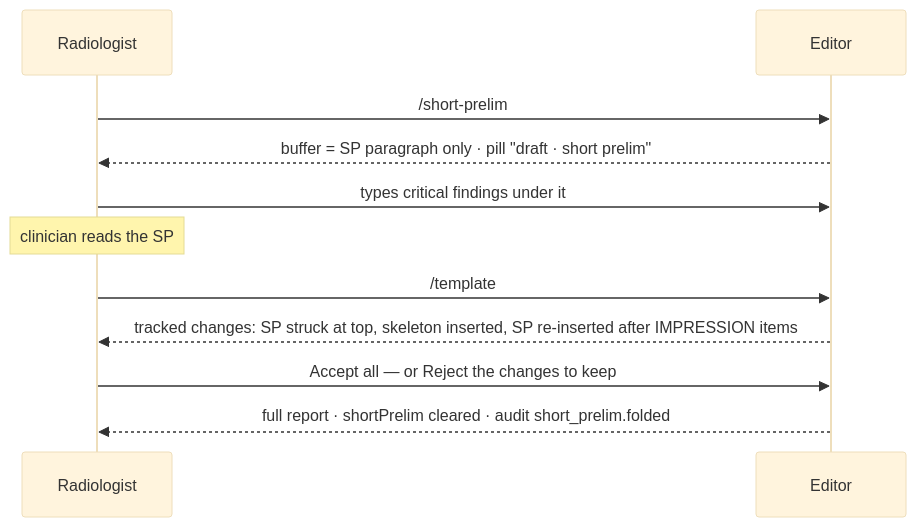
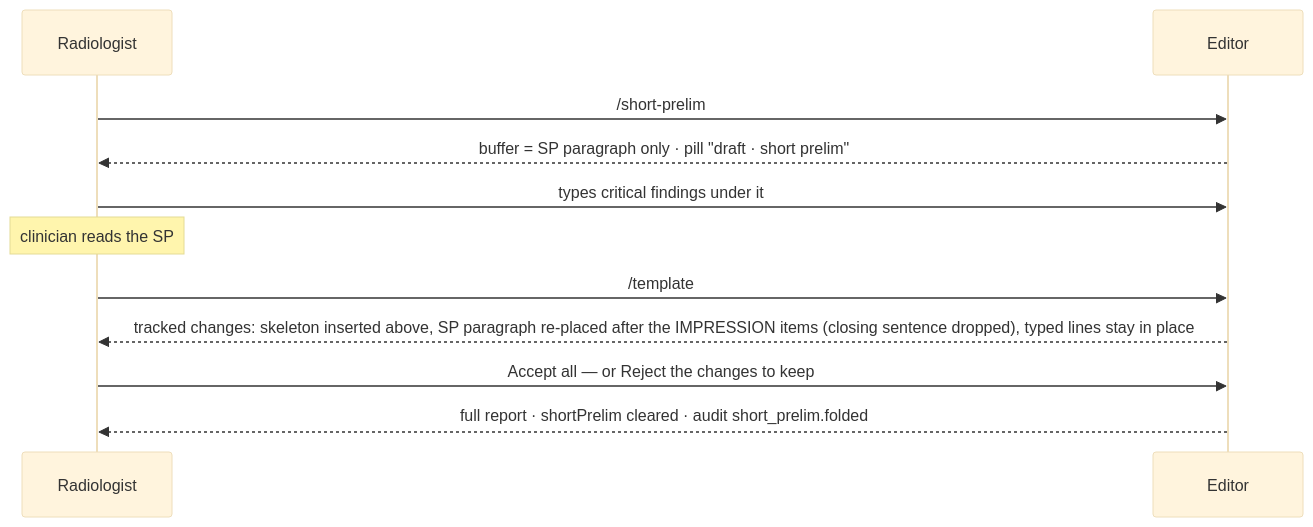
One commit to Lightbridge-KS/acp-rad-demo changed the second of 5 diagrams in docs/design/02-surface-architecture.md. Above: the diagram before and after it, drawn with Mermaid (base theme). The commit also changed other lines of this file and 14 other files, not shown here.

````diff
--- a/docs/design/02-surface-architecture.md
+++ b/docs/design/02-surface-architecture.md
@@ -123,13 +123,13 @@
 ```mermaid
 sequenceDiagram
     participant R as Radiologist
     participant E as Editor
     R->>E: /short-prelim
     E-->>R: buffer = SP paragraph only · pill "draft · short prelim"
     R->>E: types critical findings under it
     Note over R: clinician reads the SP
     R->>E: /template
-    E-->>R: tracked changes: SP struck at top, skeleton inserted, SP re-inserted after IMPRESSION items
+    E-->>R: tracked changes: skeleton inserted above, SP paragraph re-placed after the IMPRESSION items (closing sentence dropped), typed lines stay in place
     R->>E: Accept all — or Reject the changes to keep
     E-->>R: full report · shortPrelim cleared · audit short_prelim.folded
 ```
````
